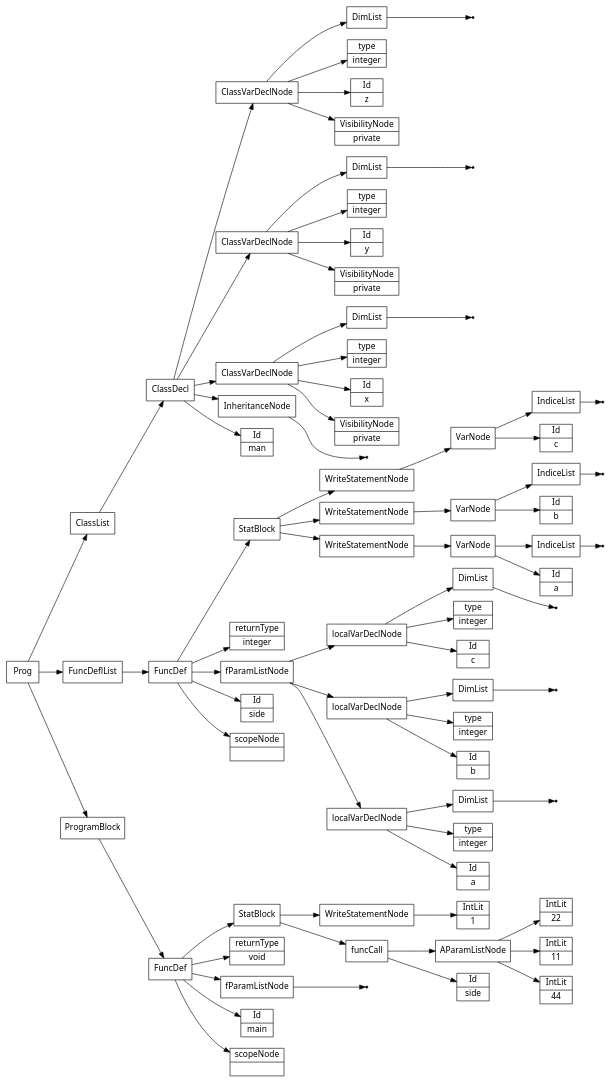
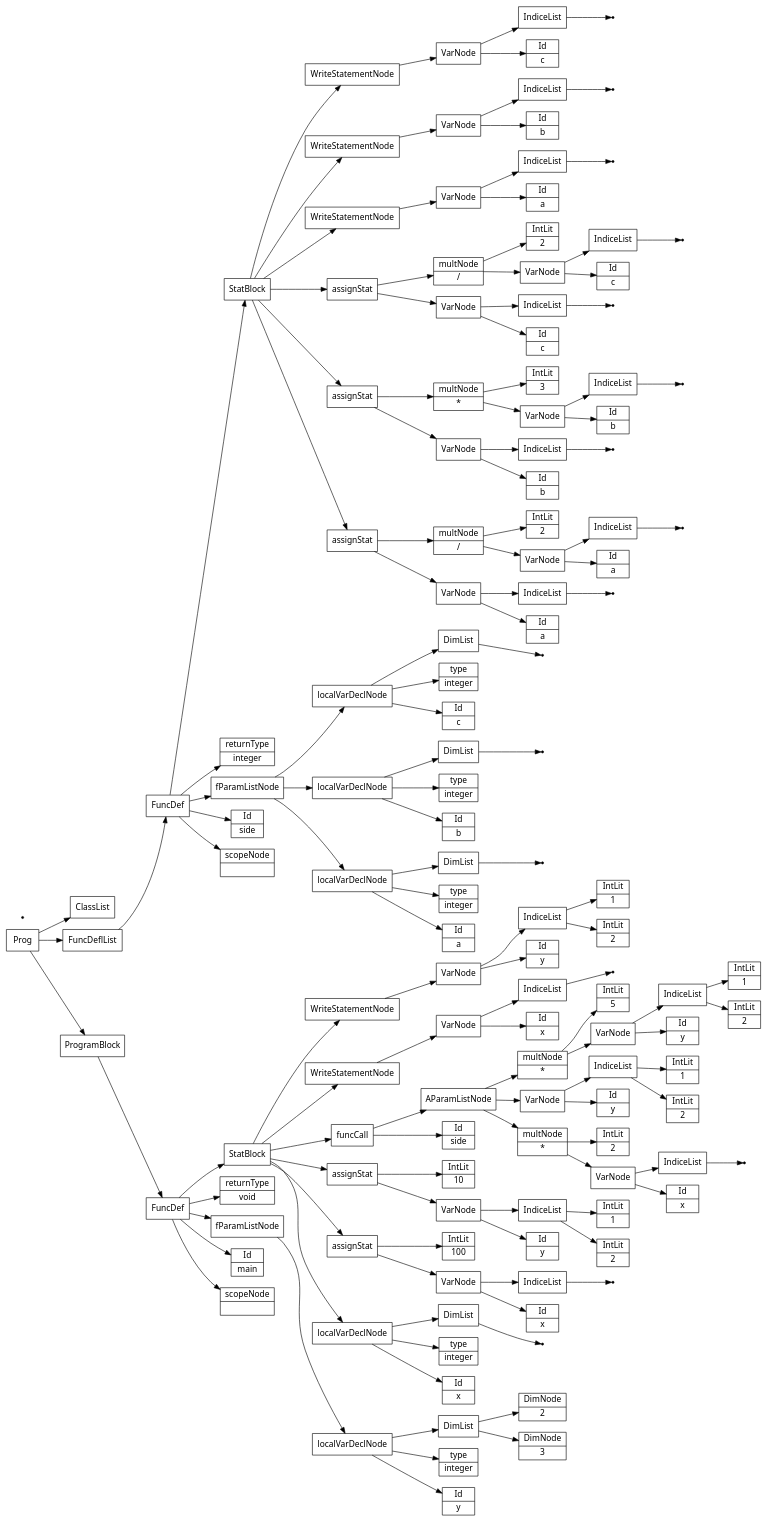
The diagram in files/semantictests/wemove.src.ast.dot (Saf1u/Kompiler), drawn with Graphviz before and after one commit. The commit also changed 7 other files, not shown here.

```diff
--- a/files/semantictests/wemove.src.ast.dot
+++ b/files/semantictests/wemove.src.ast.dot
@@ -2,156 +2,273 @@
 node [shape=record];
  node [fontname=Sans];charset="UTF-8" splines=true splines=spline rankdir =LR ordering="out"
 1[label="scopeNode| "];
-none3[shape="point"];
-4[label="fParamListNode"];
-4->none3;
-5[label="returnType|void"];
-7[label="Id|side"];
-9[label="IntLit|44"];
-10[label="IntLit|11"];
-11[label="IntLit|22"];
-12[label="AParamListNode"];
-12->11;
-12->10;
-12->9;
-13[label="funcCall"];
-13->12;
-13->7;
-14[label="IntLit|1"];
-15[label="WriteStatementNode"];
-15->14;
-16[label="StatBlock"];
-16->15;
-16->13;
-17[label="FuncDef"];
+3[label="Id|y"];
+4[label="type|integer"];
+6[label="DimNode|3"];
+7[label="DimNode|2"];
+8[label="DimList"];
+8->7;
+8->6;
+9[label="localVarDeclNode"];
+9->8;
+9->4;
+9->3;
+10[label="fParamListNode"];
+10->9;
+11[label="returnType|void"];
+13[label="Id|x"];
+14[label="type|integer"];
+none16[shape="point"];
+17[label="DimList"];
+17->none16;
+18[label="localVarDeclNode"];
+18->17;
+18->14;
+18->13;
+19[label="Id|x"];
+none21[shape="point"];
+22[label="IndiceList"];
+22->none21;
+23[label="VarNode"];
+23->22;
+23->19;
+24[label="IntLit|100"];
+25[label="assignStat"];
+25->24;
+25->23;
+26[label="Id|y"];
+28[label="IntLit|2"];
+29[label="IntLit|1"];
+30[label="IndiceList"];
+30->29;
+30->28;
+31[label="VarNode"];
+31->30;
+31->26;
+32[label="IntLit|10"];
+33[label="assignStat"];
+33->32;
+33->31;
+34[label="Id|side"];
+36[label="Id|x"];
+none38[shape="point"];
+39[label="IndiceList"];
+39->none38;
+40[label="VarNode"];
+40->39;
+40->36;
+41[label="multNode|*"];
+42[label="IntLit|2"];
+41->42;
+41->40;
+43[label="Id|y"];
+45[label="IntLit|2"];
+46[label="IntLit|1"];
+47[label="IndiceList"];
+47->46;
+47->45;
+48[label="VarNode"];
+48->47;
+48->43;
+49[label="Id|y"];
+51[label="IntLit|2"];
+52[label="IntLit|1"];
+53[label="IndiceList"];
+53->52;
+53->51;
+54[label="VarNode"];
+54->53;
+54->49;
+55[label="multNode|*"];
+56[label="IntLit|5"];
+55->56;
+55->54;
+57[label="AParamListNode"];
+57->55;
+57->48;
+57->41;
+58[label="funcCall"];
+58->57;
+58->34;
+59[label="Id|x"];
+none61[shape="point"];
+62[label="IndiceList"];
+62->none61;
+63[label="VarNode"];
+63->62;
+63->59;
+64[label="WriteStatementNode"];
+64->63;
+65[label="Id|y"];
+67[label="IntLit|2"];
+68[label="IntLit|1"];
+69[label="IndiceList"];
+69->68;
+69->67;
+70[label="VarNode"];
+70->69;
+70->65;
+71[label="WriteStatementNode"];
+71->70;
+72[label="StatBlock"];
+72->71;
+72->64;
+72->58;
+72->33;
+72->25;
+72->18;
+73[label="FuncDef"];
 0[label="Id|main"];
-17->16;
-17->5;
-17->4;
-17->0;
-17->1;
-19[label="scopeNode| "];
-21[label="Id|a"];
-22[label="type|integer"];
-none24[shape="point"];
-25[label="DimList"];
-25->none24;
-26[label="localVarDeclNode"];
-26->25;
-26->22;
-26->21;
-27[label="Id|b"];
-28[label="type|integer"];
-none30[shape="point"];
-31[label="DimList"];
-31->none30;
-32[label="localVarDeclNode"];
-32->31;
-32->28;
-32->27;
-33[label="Id|c"];
-34[label="type|integer"];
-none36[shape="point"];
-37[label="DimList"];
-37->none36;
-38[label="localVarDeclNode"];
-38->37;
-38->34;
-38->33;
-39[label="fParamListNode"];
-39->38;
-39->32;
-39->26;
-40[label="returnType|integer"];
-42[label="Id|a"];
-none44[shape="point"];
-45[label="IndiceList"];
-45->none44;
-46[label="VarNode"];
-46->45;
-46->42;
-47[label="WriteStatementNode"];
-47->46;
-48[label="Id|b"];
-none50[shape="point"];
-51[label="IndiceList"];
-51->none50;
-52[label="VarNode"];
-52->51;
-52->48;
-53[label="WriteStatementNode"];
-53->52;
-54[label="Id|c"];
-none56[shape="point"];
-57[label="IndiceList"];
-57->none56;
-58[label="VarNode"];
-58->57;
-58->54;
-59[label="WriteStatementNode"];
-59->58;
-60[label="StatBlock"];
-60->59;
-60->53;
-60->47;
-61[label="FuncDef"];
-18[label="Id|side"];
-61->60;
-61->40;
-61->39;
-61->18;
-61->19;
-62[label="Id|man"];
-none64[shape="point"];
-65[label="InheritanceNode"];
-65->none64;
-66[label="VisibilityNode|private"];
-67[label="Id|x"];
-68[label="type|integer"];
-none70[shape="point"];
-71[label="DimList"];
-71->none70;
-72[label="ClassVarDeclNode"];
-72->71;
-72->68;
-72->67;
-72->66;
-73[label="VisibilityNode|private"];
-74[label="Id|y"];
-75[label="type|integer"];
-none77[shape="point"];
-78[label="DimList"];
-78->none77;
-79[label="ClassVarDeclNode"];
-79->78;
-79->75;
-79->74;
-79->73;
-80[label="VisibilityNode|private"];
-81[label="Id|z"];
-82[label="type|integer"];
-none84[shape="point"];
-85[label="DimList"];
-85->none84;
-86[label="ClassVarDeclNode"];
-86->85;
-86->82;
-86->81;
-86->80;
-87[label="ClassDecl"];
-87->86;
-87->79;
-87->72;
-87->65;
-87->62;
-88[label="ClassList"];
-89[label="FuncDeflList"];
-90[label="Prog"];
-91[label="ProgramBlock"];
+73->72;
+73->11;
+73->10;
+73->0;
+73->1;
+75[label="scopeNode| "];
+77[label="Id|a"];
+78[label="type|integer"];
+none80[shape="point"];
+81[label="DimList"];
+81->none80;
+82[label="localVarDeclNode"];
+82->81;
+82->78;
+82->77;
+83[label="Id|b"];
+84[label="type|integer"];
+none86[shape="point"];
+87[label="DimList"];
+87->none86;
+88[label="localVarDeclNode"];
 88->87;
-89->61;
-91->17;
-90->88;
-90->89;
-90->91;
+88->84;
+88->83;
+89[label="Id|c"];
+90[label="type|integer"];
+none92[shape="point"];
+93[label="DimList"];
+93->none92;
+94[label="localVarDeclNode"];
+94->93;
+94->90;
+94->89;
+95[label="fParamListNode"];
+95->94;
+95->88;
+95->82;
+96[label="returnType|integer"];
+98[label="Id|a"];
+none100[shape="point"];
+101[label="IndiceList"];
+101->none100;
+102[label="VarNode"];
+102->101;
+102->98;
+103[label="Id|a"];
+none105[shape="point"];
+106[label="IndiceList"];
+106->none105;
+107[label="VarNode"];
+107->106;
+107->103;
+108[label="multNode|/"];
+109[label="IntLit|2"];
+108->109;
+108->107;
+110[label="assignStat"];
+110->108;
+110->102;
+111[label="Id|b"];
+none113[shape="point"];
+114[label="IndiceList"];
+114->none113;
+115[label="VarNode"];
+115->114;
+115->111;
+116[label="Id|b"];
+none118[shape="point"];
+119[label="IndiceList"];
+119->none118;
+120[label="VarNode"];
+120->119;
+120->116;
+121[label="multNode|*"];
+122[label="IntLit|3"];
+121->122;
+121->120;
+123[label="assignStat"];
+123->121;
+123->115;
+124[label="Id|c"];
+none126[shape="point"];
+127[label="IndiceList"];
+127->none126;
+128[label="VarNode"];
+128->127;
+128->124;
+129[label="Id|c"];
+none131[shape="point"];
+132[label="IndiceList"];
+132->none131;
+133[label="VarNode"];
+133->132;
+133->129;
+134[label="multNode|/"];
+135[label="IntLit|2"];
+134->135;
+134->133;
+136[label="assignStat"];
+136->134;
+136->128;
+137[label="Id|a"];
+none139[shape="point"];
+140[label="IndiceList"];
+140->none139;
+141[label="VarNode"];
+141->140;
+141->137;
+142[label="WriteStatementNode"];
+142->141;
+143[label="Id|b"];
+none145[shape="point"];
+146[label="IndiceList"];
+146->none145;
+147[label="VarNode"];
+147->146;
+147->143;
+148[label="WriteStatementNode"];
+148->147;
+149[label="Id|c"];
+none151[shape="point"];
+152[label="IndiceList"];
+152->none151;
+153[label="VarNode"];
+153->152;
+153->149;
+154[label="WriteStatementNode"];
+154->153;
+155[label="StatBlock"];
+155->154;
+155->148;
+155->142;
+155->136;
+155->123;
+155->110;
+156[label="FuncDef"];
+74[label="Id|side"];
+156->155;
+156->96;
+156->95;
+156->74;
+156->75;
+157[label="ClassList"];
+158[label="FuncDeflList"];
+159[label="Prog"];
+160[label="ProgramBlock"];
+158->156;
+160->73;
+none161[shape="point"];
+159->157;
+159->158;
+159->160;
 }
```
